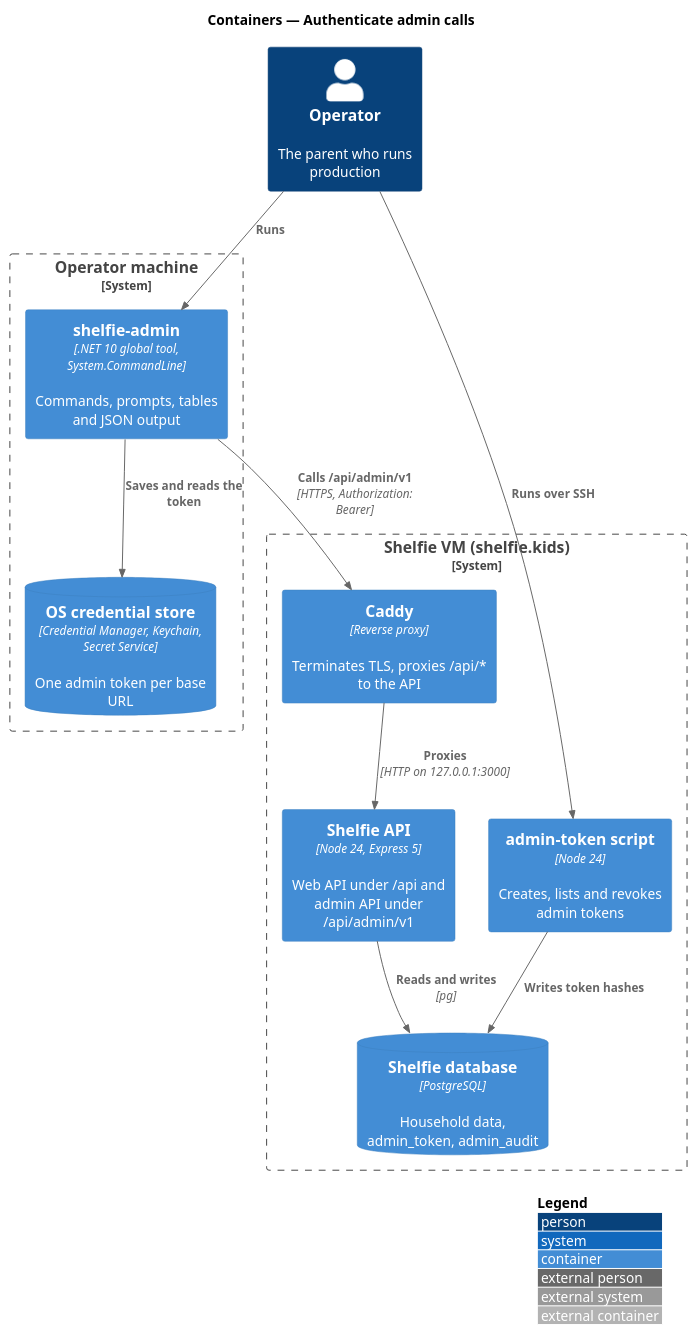
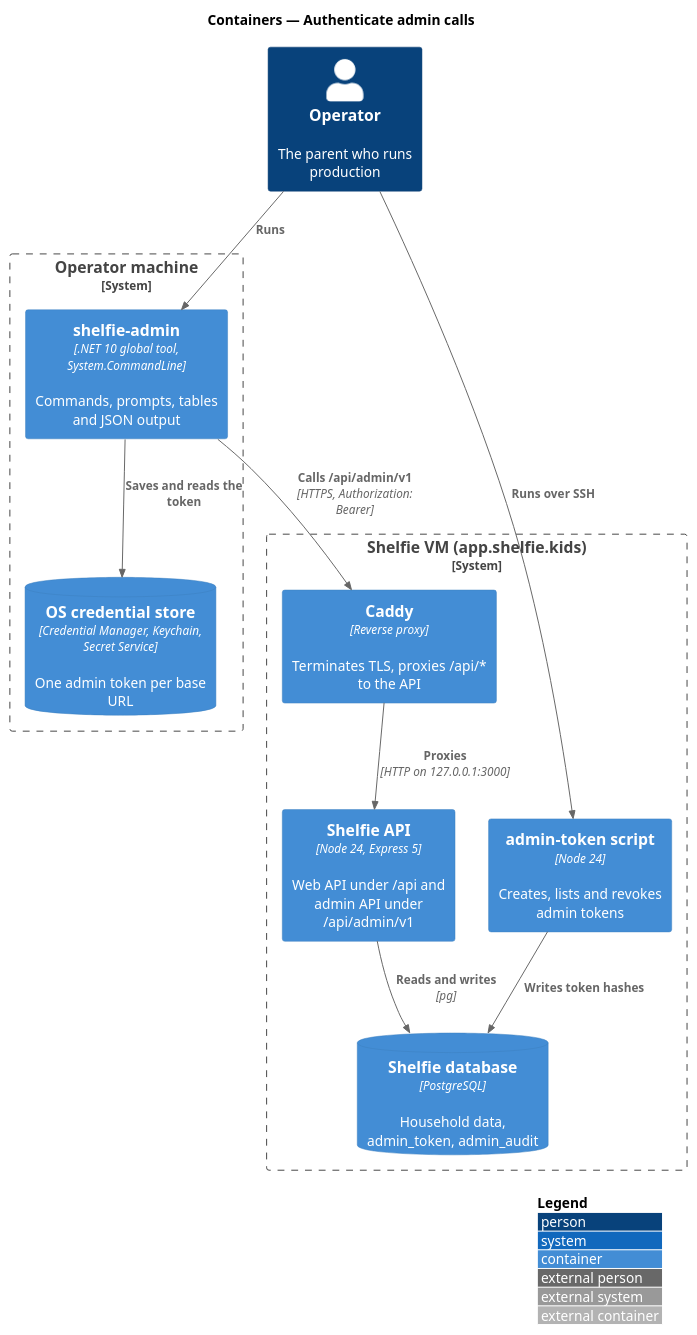
The diagram in docs/detailed-designs/admin-api/authenticate-admin-calls/diagrams/c4-container.puml (QuinntyneBrown/shelfie), drawn with PlantUML before and after one commit. The commit also changed 50 other files, not shown here.

```diff
--- a/docs/detailed-designs/admin-api/authenticate-admin-calls/diagrams/c4-container.puml
+++ b/docs/detailed-designs/admin-api/authenticate-admin-calls/diagrams/c4-container.puml
@@ -1,24 +1,24 @@
 @startuml
 !include <C4/C4_Container>
 LAYOUT_WITH_LEGEND()
 title Containers — Authenticate admin calls
 
 Person(op, "Operator", "The parent who runs production")
 System_Boundary(machine, "Operator machine") {
   Container(cli, "shelfie-admin", ".NET 10 global tool, System.CommandLine", "Commands, prompts, tables and JSON output")
   ContainerDb(store, "OS credential store", "Credential Manager, Keychain, Secret Service", "One admin token per base URL")
 }
-System_Boundary(vm, "Shelfie VM (shelfie.kids)") {
+System_Boundary(vm, "Shelfie VM (app.shelfie.kids)") {
   Container(caddy, "Caddy", "Reverse proxy", "Terminates TLS, proxies /api/* to the API")
   Container(api, "Shelfie API", "Node 24, Express 5", "Web API under /api and admin API under /api/admin/v1")
   ContainerDb(db, "Shelfie database", "PostgreSQL", "Household data, admin_token, admin_audit")
   Container(script, "admin-token script", "Node 24", "Creates, lists and revokes admin tokens")
 }
 Rel(op, cli, "Runs")
 Rel(cli, store, "Saves and reads the token")
 Rel(cli, caddy, "Calls /api/admin/v1", "HTTPS, Authorization: Bearer")
 Rel(caddy, api, "Proxies", "HTTP on 127.0.0.1:3000")
 Rel(api, db, "Reads and writes", "pg")
 Rel(op, script, "Runs over SSH")
 Rel(script, db, "Writes token hashes")
 @enduml
```
